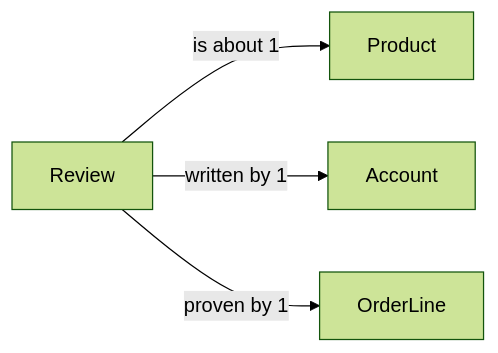
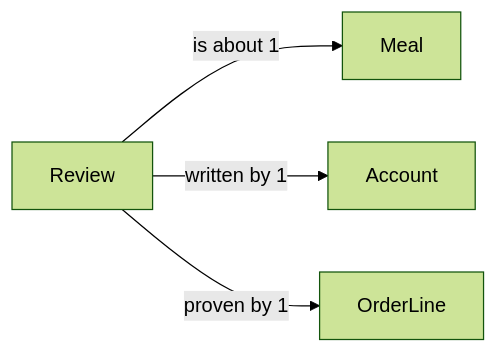
Before and after one commit to rachelwong/preppers: the diagram in docs/data-model/entities/review.md, drawn with Mermaid (forest theme). The commit also changed other lines of this file and 44 other files, not shown here.

````diff
--- a/docs/data-model/entities/review.md
+++ b/docs/data-model/entities/review.md
@@ -18,6 +18,6 @@
 ```mermaid
 flowchart LR
-  R[Review] -->|"is about 1"| P[Product]
+  R[Review] -->|"is about 1"| P[Meal]
   R -->|"written by 1"| A[Account]
   R -->|"proven by 1"| OL[OrderLine]
 ```
````
